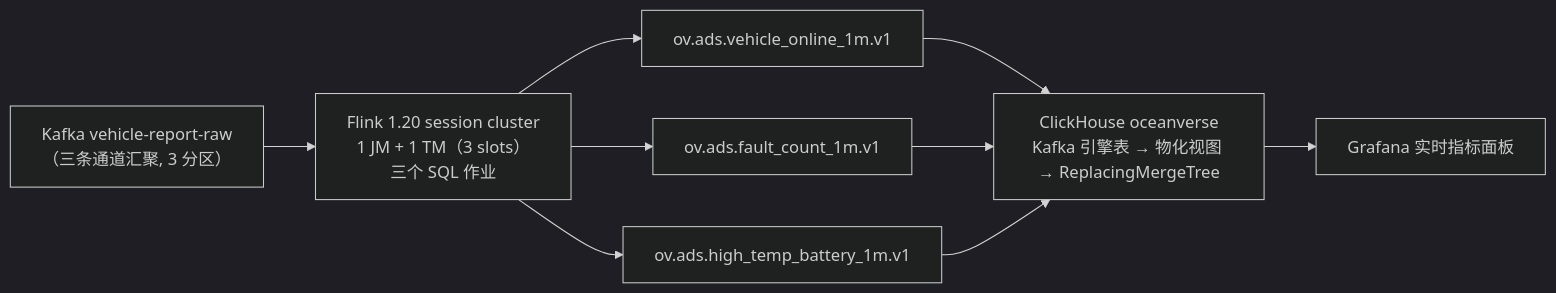
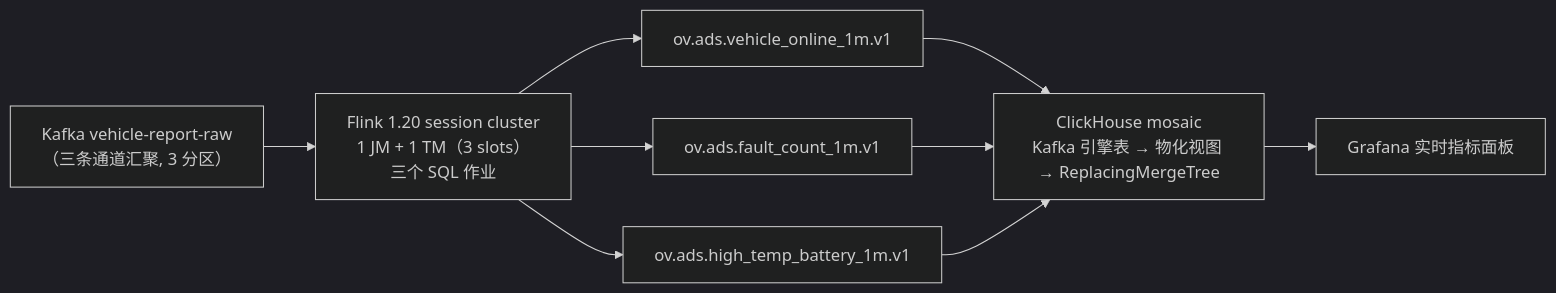
Before and after one commit to Mosslau/Mosaic: the diagram in engineering/data-platform/lakehouse/warehouse/streaming/README.md, drawn with Mermaid (dark theme). The commit also changed other lines of this file and 74 other files, not shown here.

````diff
--- a/engineering/data-platform/lakehouse/warehouse/streaming/README.md
+++ b/engineering/data-platform/lakehouse/warehouse/streaming/README.md
@@ -14,16 +14,16 @@
 ```mermaid
 flowchart LR
   RAW["Kafka vehicle-report-raw<br/>（三条通道汇聚, 3 分区）"]
   FL["Flink 1.20 session cluster<br/>1 JM + 1 TM（3 slots）<br/>三个 SQL 作业"]
   T1["ov.ads.vehicle_online_1m.v1"]
   T2["ov.ads.fault_count_1m.v1"]
   T3["ov.ads.high_temp_battery_1m.v1"]
-  CH["ClickHouse oceanverse<br/>Kafka 引擎表 → 物化视图 → ReplacingMergeTree"]
+  CH["ClickHouse mosaic<br/>Kafka 引擎表 → 物化视图 → ReplacingMergeTree"]
   G["Grafana 实时指标面板"]
 
   RAW --> FL
   FL --> T1 --> CH
   FL --> T2 --> CH
   FL --> T3 --> CH
   CH --> G
 ```
````
